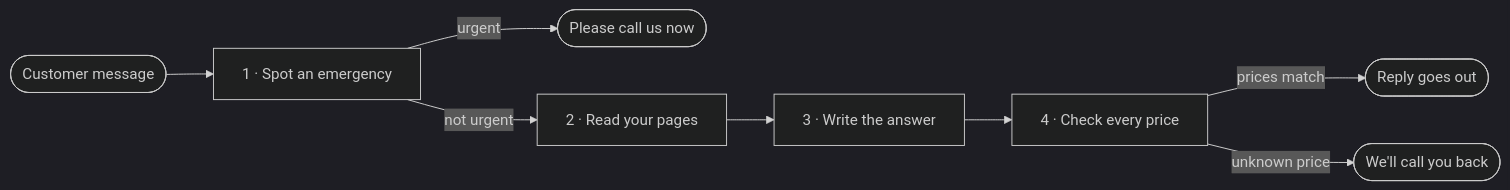
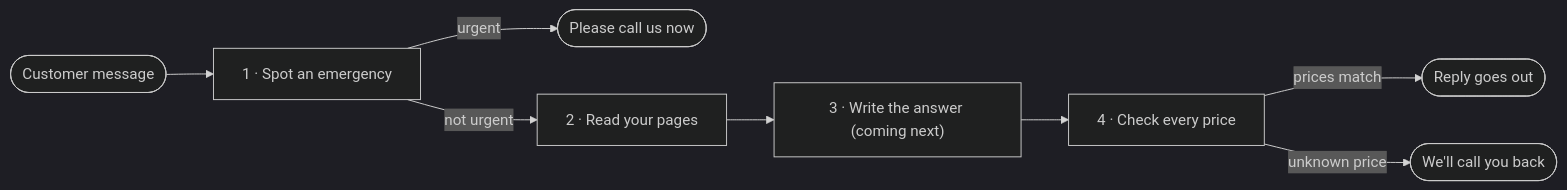
The diagram in docs/how-it-works.md (RoxanaTapia/maple-street-front-desk), drawn with Mermaid (dark theme) before and after one commit. The commit also changed other lines of this file, not shown here.

Commit message:
Mark writing the answer as coming next on the how-it-works page.

````diff
--- a/docs/how-it-works.md
+++ b/docs/how-it-works.md
@@ -9,10 +9,10 @@
 ```mermaid
 flowchart LR
     msg([Customer message]) --> one["1 · Spot an emergency"]
     one -->|urgent| call([Please call us now])
     one -->|not urgent| two["2 · Read your pages"]
-    two --> three["3 · Write the answer"]
+    two --> three["3 · Write the answer (coming next)"]
     three --> four["4 · Check every price"]
     four -->|prices match| reply([Reply goes out])
     four -->|unknown price| back([We'll call you back])
 ```
````
